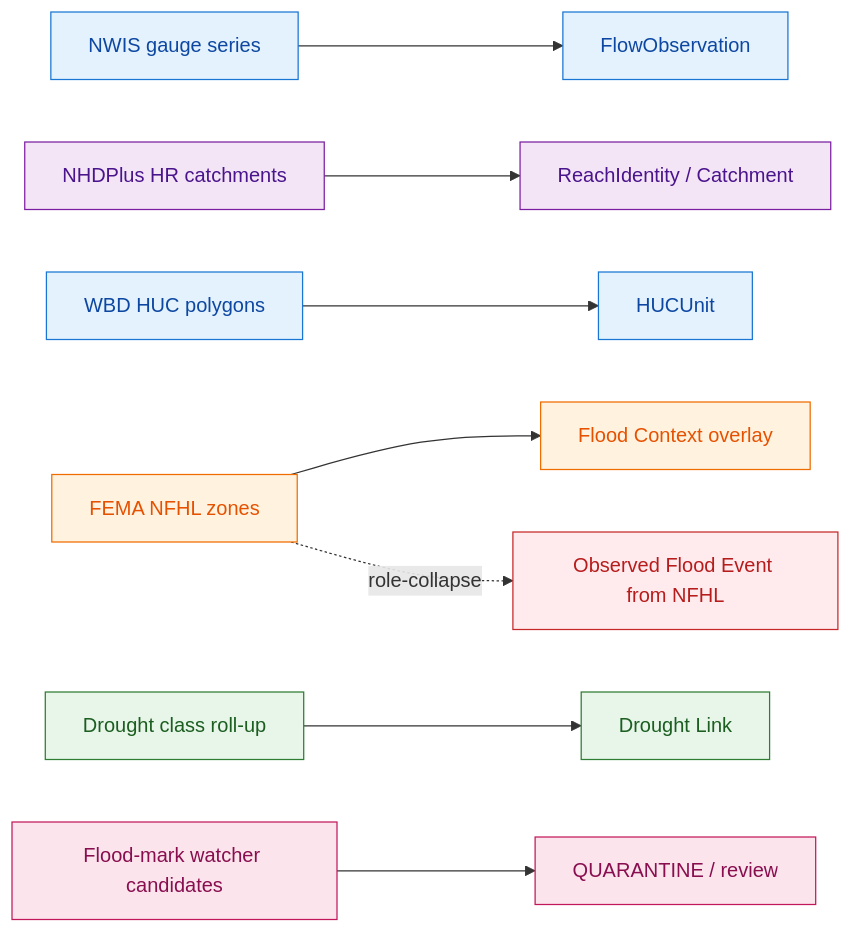
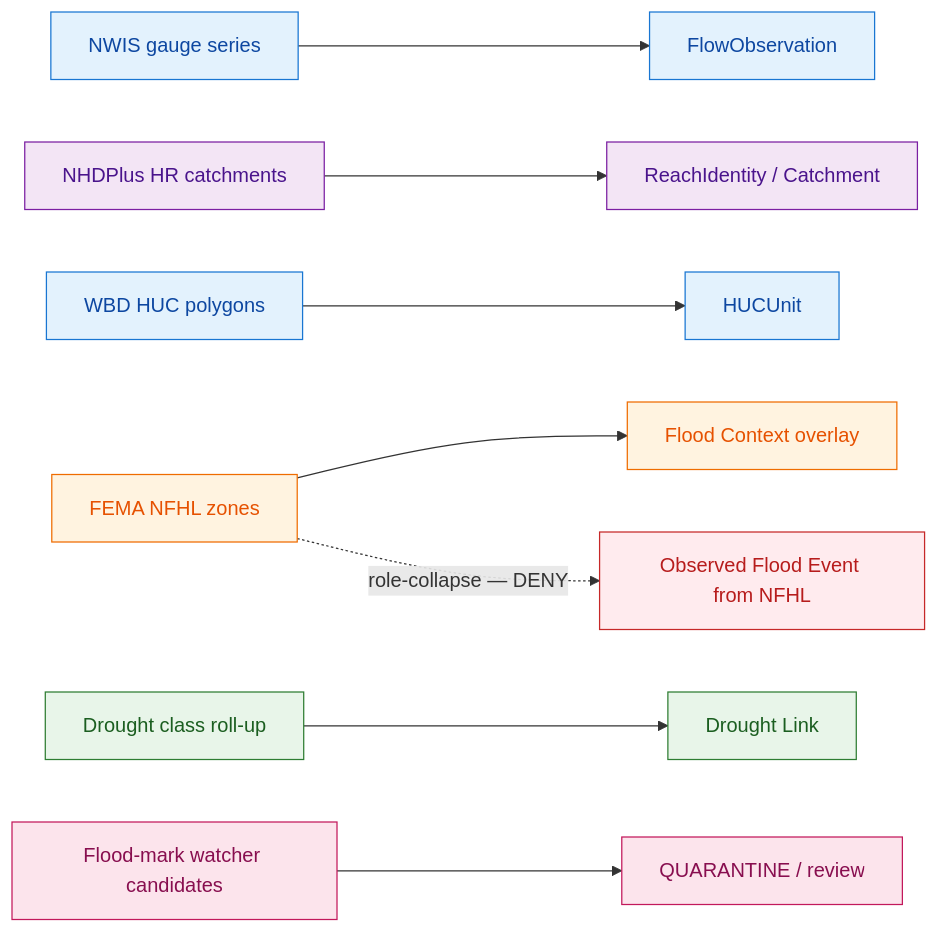
The first of 2 diagrams in docs/domains/hydrology/SOURCE_REGISTRY.md (bartytime4life/Kansas-Frontier-Matrix), drawn with Mermaid before and after one commit. The commit also changed other lines of this file, not shown here.

````diff
--- a/docs/domains/hydrology/SOURCE_REGISTRY.md
+++ b/docs/domains/hydrology/SOURCE_REGISTRY.md
@@ -155,26 +168,26 @@
 ```mermaid
 flowchart LR
   classDef obs fill:#e3f2fd,stroke:#1976d2,color:#0d47a1
   classDef reg fill:#fff3e0,stroke:#ef6c00,color:#e65100
   classDef mod fill:#f3e5f5,stroke:#7b1fa2,color:#4a148c
   classDef agg fill:#e8f5e9,stroke:#2e7d32,color:#1b5e20
   classDef cand fill:#fce4ec,stroke:#c2185b,color:#880e4f
   classDef deny fill:#ffebee,stroke:#c62828,color:#b71c1c
 
-  NWIS[NWIS gauge series]:::obs
-  NHD[NHDPlus HR catchments]:::mod
-  WBD[WBD HUC polygons]:::obs
-  NFHL[FEMA NFHL zones]:::reg
-  DM[Drought class roll-up]:::agg
-  W[Flood-mark watcher candidates]:::cand
+  NWIS["NWIS gauge series"]:::obs
+  NHD["NHDPlus HR catchments"]:::mod
+  WBD["WBD HUC polygons"]:::obs
+  NFHL["FEMA NFHL zones"]:::reg
+  DM["Drought class roll-up"]:::agg
+  W["Flood-mark watcher candidates"]:::cand
 
-  NWIS --> Claim1[FlowObservation]:::obs
-  NHD  --> Claim2[ReachIdentity / Catchment]:::mod
-  WBD  --> Claim3[HUCUnit]:::obs
-  NFHL --> Claim4[Flood Context overlay]:::reg
-  DM   --> Claim5[Drought Link]:::agg
-  W    --> Hold[QUARANTINE / review]:::cand
+  NWIS --> Claim1["FlowObservation"]:::obs
+  NHD  --> Claim2["ReachIdentity / Catchment"]:::mod
+  WBD  --> Claim3["HUCUnit"]:::obs
+  NFHL --> Claim4["Flood Context overlay"]:::reg
+  DM   --> Claim5["Drought Link"]:::agg
+  W    --> Hold["QUARANTINE / review"]:::cand
 
-  X[Observed Flood Event from NFHL]:::deny
-  NFHL -. role-collapse .-> X
+  X["Observed Flood Event from NFHL"]:::deny
+  NFHL -. "role-collapse — DENY" .-> X
 ```
````
